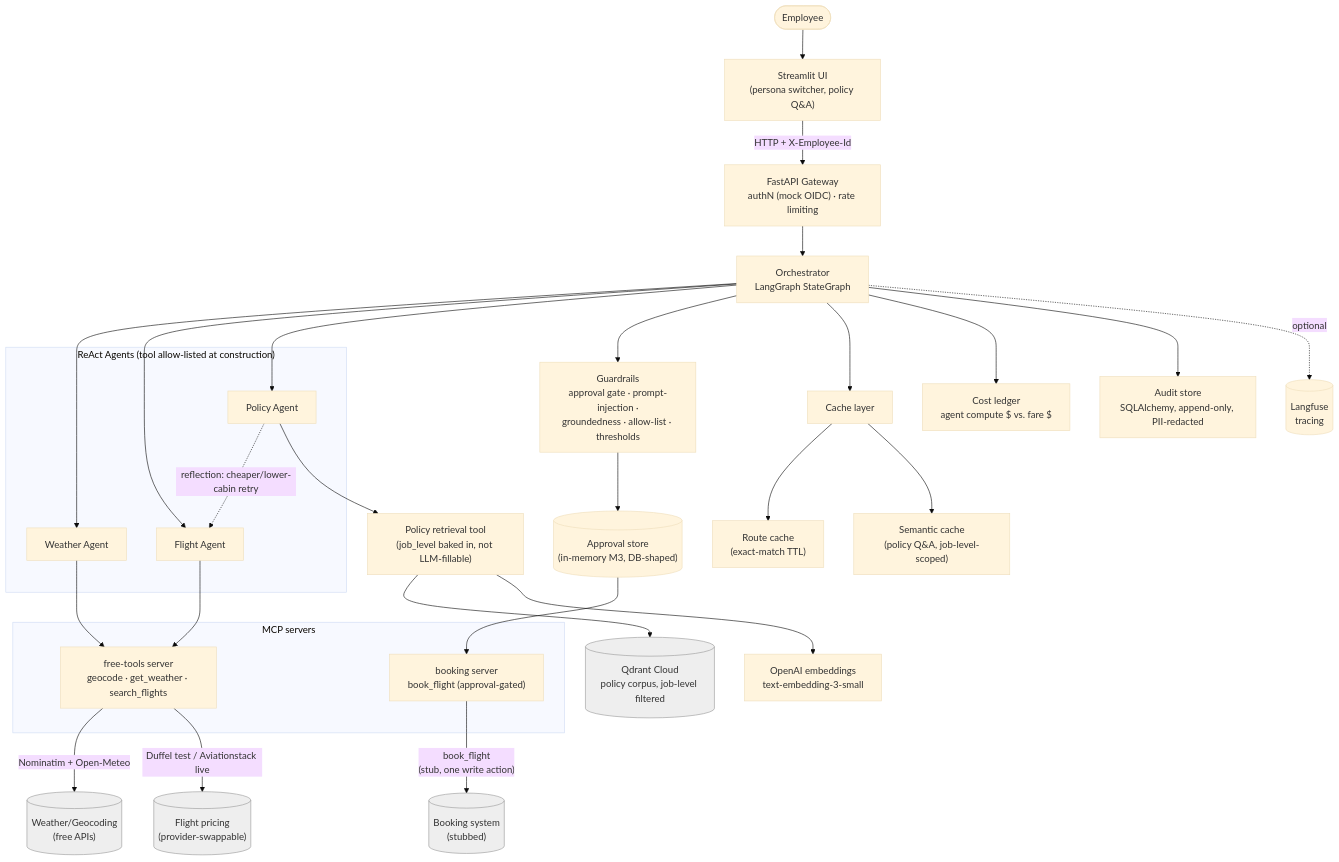
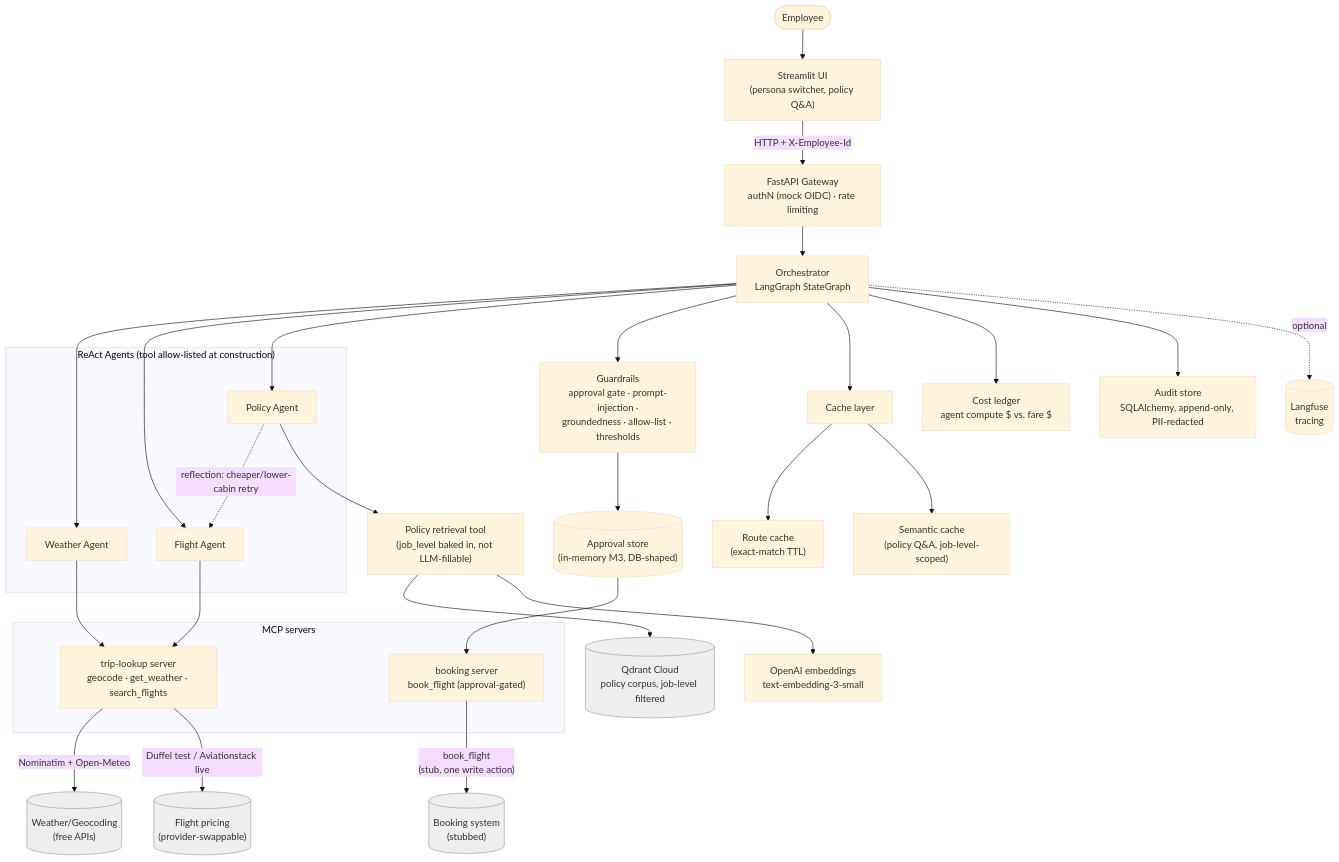
Before and after one commit to nikhilprasadpandey/trip-planner-ReAct: the first of 2 diagrams in docs/architecture.md, drawn with Mermaid (base theme). The commit also changed other lines of this file and 10 other files, not shown here.

````diff
--- a/docs/architecture.md
+++ b/docs/architecture.md
@@ -30,49 +30,49 @@
 ```mermaid
 flowchart TB
     Employee(["Employee"]) --> UI["Streamlit UI\n(persona switcher, policy Q&A)"]
     UI -->|"HTTP + X-Employee-Id"| GW["FastAPI Gateway\nauthN (mock OIDC) · rate limiting"]
 
     GW --> ORCH["Orchestrator\nLangGraph StateGraph"]
 
     subgraph Agents["ReAct Agents (tool allow-listed at construction)"]
         WA["Weather Agent"]
         FA["Flight Agent"]
         PA["Policy Agent"]
     end
 
     ORCH --> WA
     ORCH --> FA
     ORCH --> PA
     PA -. "reflection: cheaper/lower-cabin retry" .-> FA
 
     subgraph MCP["MCP servers"]
-        FreeTools["free-tools server\ngeocode · get_weather · search_flights"]
+        TripLookup["trip-lookup server\ngeocode · get_weather · search_flights"]
         Booking["booking server\nbook_flight (approval-gated)"]
     end
 
-    WA --> FreeTools
-    FA --> FreeTools
-    FreeTools -->|Nominatim + Open-Meteo| Weather[("Weather/Geocoding\n(free APIs)")]
-    FreeTools -->|Duffel test / Aviationstack live| Flights[("Flight pricing\n(provider-swappable)")]
+    WA --> TripLookup
+    FA --> TripLookup
+    TripLookup -->|Nominatim + Open-Meteo| Weather[("Weather/Geocoding\n(free APIs)")]
+    TripLookup -->|Duffel test / Aviationstack live| Flights[("Flight pricing\n(provider-swappable)")]
 
     PA --> RAG["Policy retrieval tool\n(job_level baked in, not LLM-fillable)"]
     RAG --> Qdrant[("Qdrant Cloud\npolicy corpus, job-level filtered")]
     RAG --> Embed["OpenAI embeddings\ntext-embedding-3-small"]
 
     ORCH --> GR["Guardrails\napproval gate · prompt-injection ·\ngroundedness · allow-list · thresholds"]
     GR --> Approval[("Approval store\n(in-memory M3, DB-shaped)")]
     Approval --> Booking
 
     ORCH --> Cache["Cache layer"]
     Cache --> RouteCache["Route cache\n(exact-match TTL)"]
     Cache --> SemCache["Semantic cache\n(policy Q&A, job-level-scoped)"]
 
     ORCH --> Cost["Cost ledger\nagent compute $ vs. fare $"]
     ORCH --> Audit["Audit store\nSQLAlchemy, append-only, PII-redacted"]
     ORCH -. optional .-> Langfuse[("Langfuse\ntracing")]
 
     Booking -->|"book_flight\n(stub, one write action)"| BookingSys[("Booking system\n(stubbed)")]
 
     classDef ext fill:#eee,stroke:#999,color:#333;
     class Weather,Flights,Qdrant,BookingSys ext;
 ```
````
